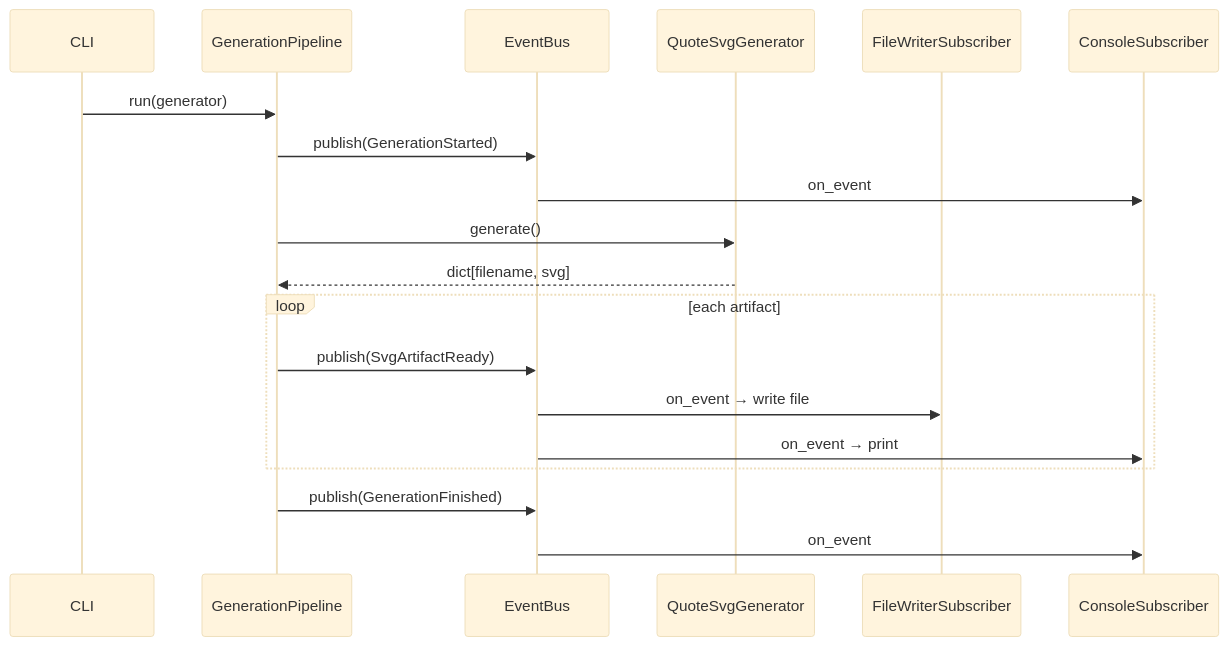
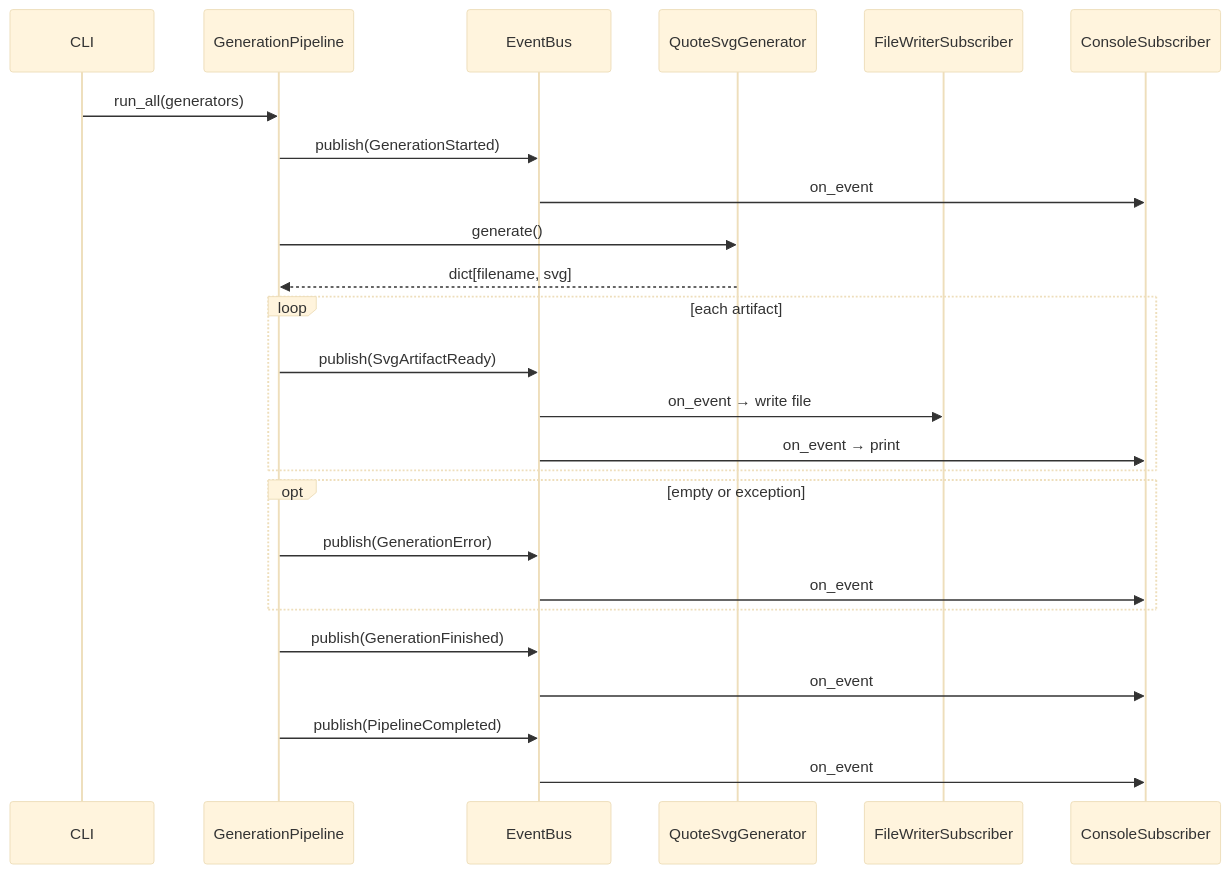
One commit to skymiku39/stock_school changed the diagram in docs/ARCHITECTURE.md. Above: the diagram before and after it, drawn with Mermaid (base theme). The commit also changed other lines of this file and 10 other files, not shown here.

````diff
--- a/docs/ARCHITECTURE.md
+++ b/docs/ARCHITECTURE.md
@@ -32,22 +33,28 @@
 ```mermaid
 sequenceDiagram
     participant CLI
     participant Pipeline as GenerationPipeline
     participant Bus as EventBus
     participant Gen as QuoteSvgGenerator
     participant File as FileWriterSubscriber
     participant Log as ConsoleSubscriber
 
-    CLI->>Pipeline: run(generator)
+    CLI->>Pipeline: run_all(generators)
     Pipeline->>Bus: publish(GenerationStarted)
     Bus->>Log: on_event
     Pipeline->>Gen: generate()
     Gen-->>Pipeline: dict[filename, svg]
     loop each artifact
         Pipeline->>Bus: publish(SvgArtifactReady)
         Bus->>File: on_event → write file
         Bus->>Log: on_event → print
     end
+    opt empty or exception
+        Pipeline->>Bus: publish(GenerationError)
+        Bus->>Log: on_event
+    end
     Pipeline->>Bus: publish(GenerationFinished)
     Bus->>Log: on_event
+    Pipeline->>Bus: publish(PipelineCompleted)
+    Bus->>Log: on_event
 ```
````
